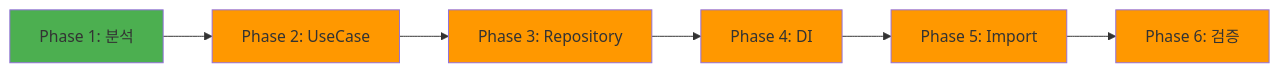
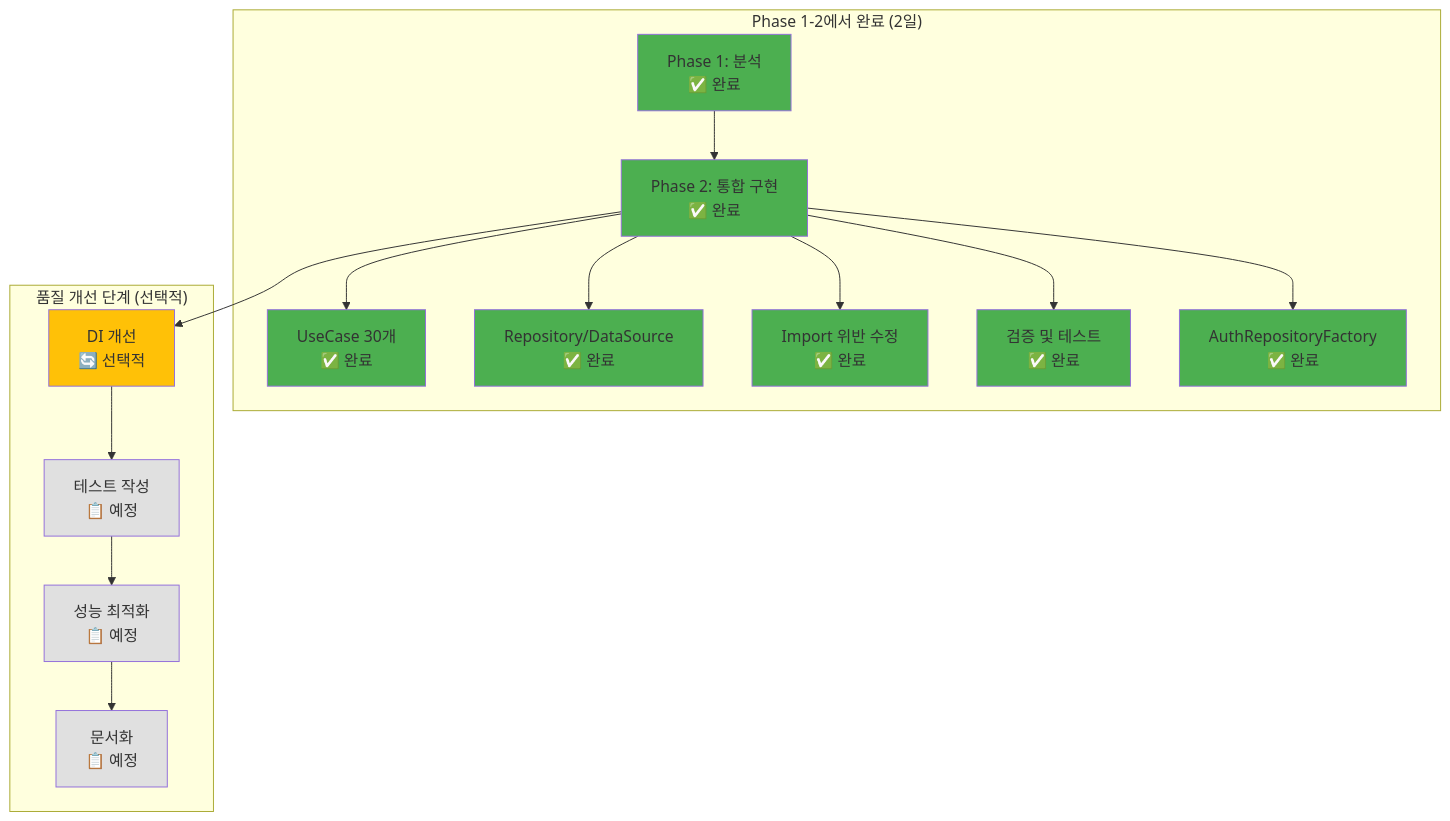
The diagram in lib/features/auth/MASTER_MIGRATION_GUIDE.md (gblack84/versus-cursor), drawn with Mermaid before and after one commit. The commit also changed other lines of this file and 91 other files, not shown here.

````diff
--- a/lib/features/auth/MASTER_MIGRATION_GUIDE.md
+++ b/lib/features/auth/MASTER_MIGRATION_GUIDE.md
@@ -61,15 +60,31 @@
 ```mermaid
-graph LR
-    A[Phase 1: 분석] --> B[Phase 2: UseCase]
-    B --> C[Phase 3: Repository]
-    C --> D[Phase 4: DI]
-    D --> E[Phase 5: Import]
-    E --> F[Phase 6: 검증]
+graph TB
+    subgraph "Phase 1-2에서 완료 (2일)"
+        A[Phase 1: 분석<br/>✅ 완료] --> B[Phase 2: 통합 구현<br/>✅ 완료]
+        B --> B1[UseCase 30개<br/>✅ 완료]
+        B --> B2[Repository/DataSource<br/>✅ 완료]
+        B --> B3[Import 위반 수정<br/>✅ 완료]
+        B --> B4[검증 및 테스트<br/>✅ 완료]
+        B --> B5[AuthRepositoryFactory<br/>✅ 완료]
+    end
+
+    subgraph "품질 개선 단계 (선택적)"
+        C[DI 개선<br/>🔄 선택적] --> D[테스트 작성<br/>📋 예정]
+        D --> E[성능 최적화<br/>📋 예정]
+        E --> F[문서화<br/>📋 예정]
+    end
+
+    B --> C
 
     style A fill:#4caf50
-    style B fill:#ff9800
-    style C fill:#ff9800
-    style D fill:#ff9800
-    style E fill:#ff9800
-    style F fill:#ff9800
+    style B fill:#4caf50
+    style B1 fill:#4caf50
+    style B2 fill:#4caf50
+    style B3 fill:#4caf50
+    style B4 fill:#4caf50
+    style B5 fill:#4caf50
+    style C fill:#ffc107
+    style D fill:#e0e0e0
+    style E fill:#e0e0e0
+    style F fill:#e0e0e0
 ```
````
